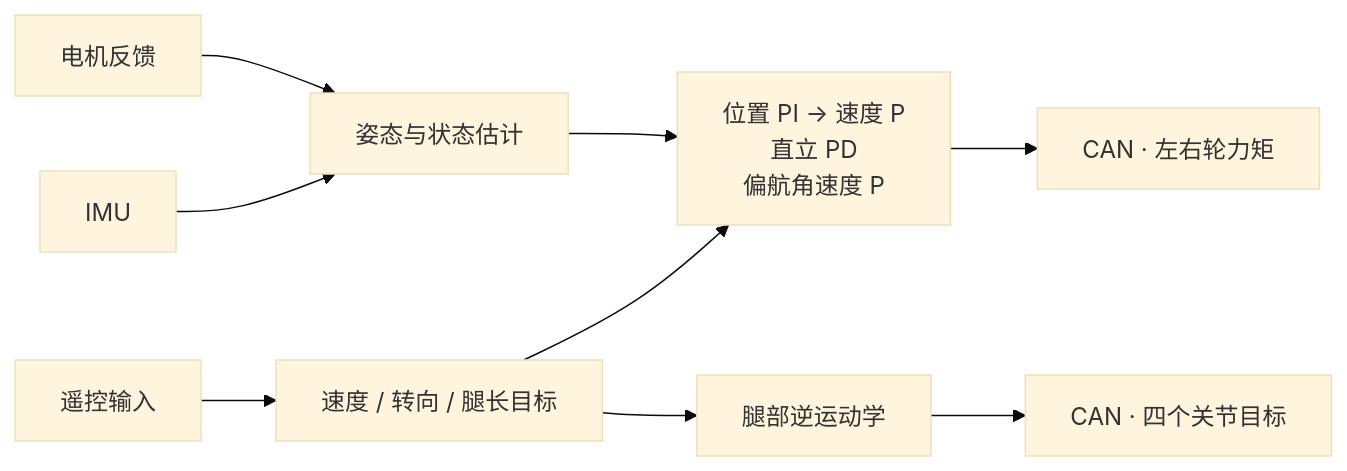
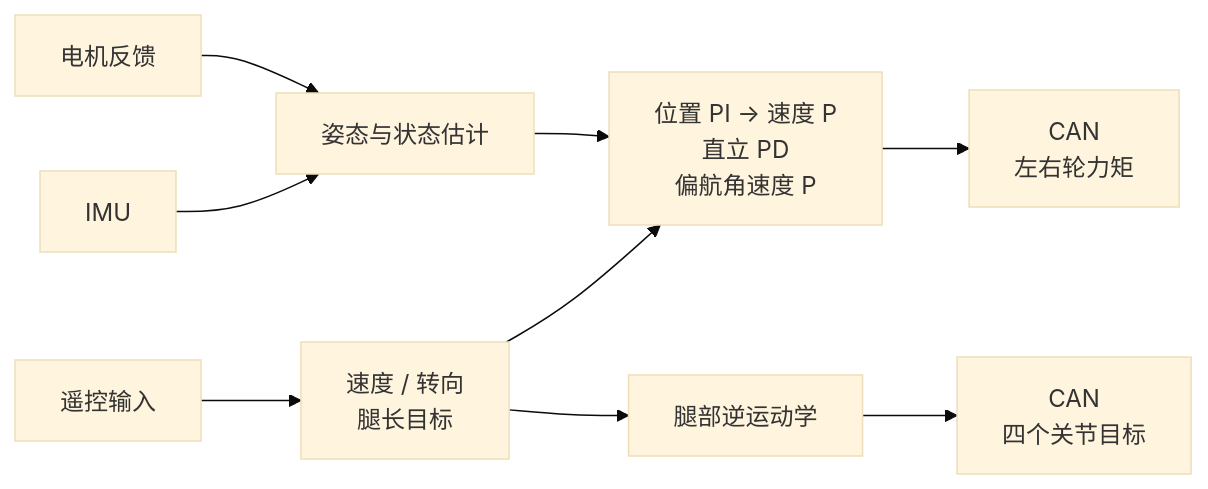
Before and after one commit to ppknkn/RoboBachelor: the diagram in README.md, drawn with Mermaid (base theme).

Commit message:
Wrap architecture diagram labels for readable rendering

````diff
--- a/README.md
+++ b/README.md
@@ -53,11 +53,11 @@
 ```mermaid
 flowchart LR
-    RC[遥控输入] --> TARGET[速度 / 转向 / 腿长目标]
+    RC[遥控输入] --> TARGET[速度 / 转向<br/>腿长目标]
     IMU[IMU] --> EST[姿态与状态估计]
     FB[电机反馈] --> EST
     TARGET --> PID[位置 PI → 速度 P<br/>直立 PD<br/>偏航角速度 P]
     EST --> PID
     TARGET --> IK[腿部逆运动学]
-    PID --> WHEEL[CAN · 左右轮力矩]
-    IK --> LEG[CAN · 四个关节目标]
+    PID --> WHEEL[CAN<br/>左右轮力矩]
+    IK --> LEG[CAN<br/>四个关节目标]
 ```
````
